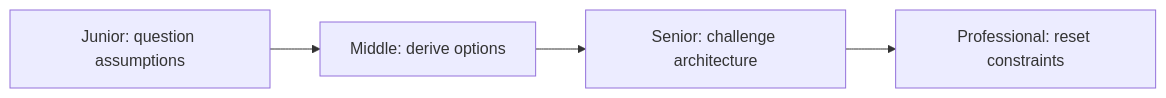
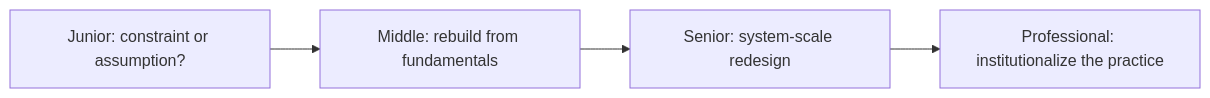
One commit to flynn3103/engineer-knowledge changed the first of 2 diagrams in craftsmanship/engineering-thinking/05-first-principles-thinking/README.md. Above: the diagram before and after it, drawn with Mermaid. The commit also changed other lines of this file and 41 other files, not shown here.

````diff
--- a/craftsmanship/engineering-thinking/05-first-principles-thinking/README.md
+++ b/craftsmanship/engineering-thinking/05-first-principles-thinking/README.md
@@ -5,6 +5,6 @@
 ```mermaid
 flowchart LR
-    J[Junior: question assumptions] --> M[Middle: derive options]
-    M --> S[Senior: challenge architecture]
-    S --> P[Professional: reset constraints]
+    J[Junior: constraint or assumption?] --> M[Middle: rebuild from fundamentals]
+    M --> S[Senior: system-scale redesign]
+    S --> P[Professional: institutionalize the practice]
 ```
````
